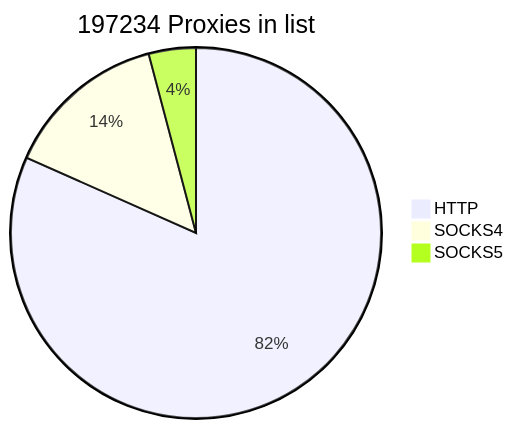
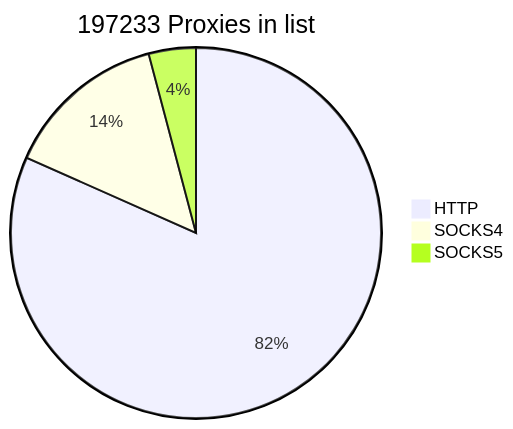
Before and after one commit to cutipu/proxylist: the first of 2 diagrams in README.md, drawn with Mermaid. The commit also changed other lines of this file, not shown here.

````diff
--- a/README.md
+++ b/README.md
@@ -2,7 +2,7 @@
 ```mermaid
-pie title 197234 Proxies in list
-    "HTTP" : 161048
+pie title 197233 Proxies in list
+    "HTTP" : 161047
     "SOCKS4" : 28080
     "SOCKS5" : 8106
             
 ```
````
